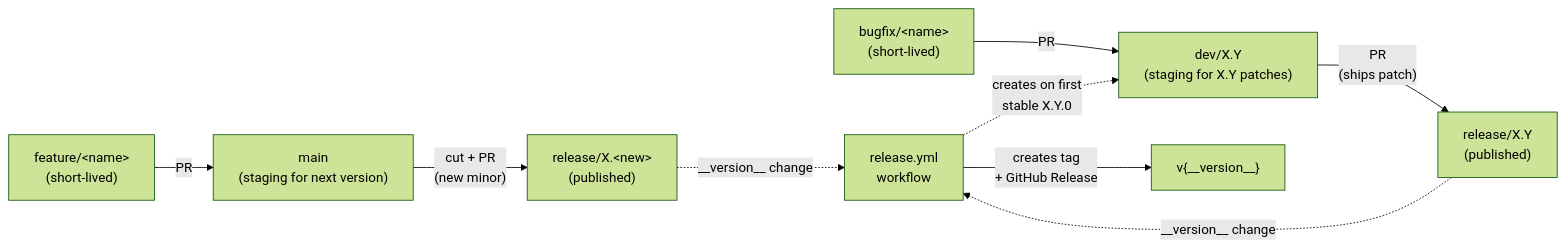
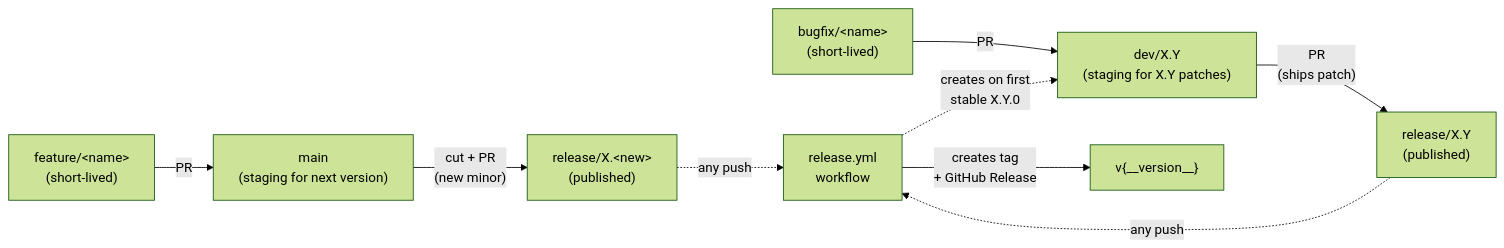
The second of 6 diagrams in contributing.md (mtconnect/MTConnectExplorer), drawn with Mermaid (forest theme) before and after one commit. The commit also changed other lines of this file and 85 other files, not shown here.

````diff
--- a/contributing.md
+++ b/contributing.md
@@ -61,11 +61,11 @@
 ```mermaid
 flowchart LR
     F["feature/&lt;name&gt;<br/>(short-lived)"] -->|PR| M["main<br/>(staging for next version)"]
     M -->|"cut + PR<br/>(new minor)"| RL["release/X.&lt;new&gt;<br/>(published)"]
     B["bugfix/&lt;name&gt;<br/>(short-lived)"] -->|PR| D["dev/X.Y<br/>(staging for X.Y patches)"]
     D -->|"PR<br/>(ships patch)"| RX["release/X.Y<br/>(published)"]
-    RX -.->|"__version__ change"| W["release.yml<br/>workflow"]
-    RL -.->|"__version__ change"| W
+    RX -.->|"any push"| W["release.yml<br/>workflow"]
+    RL -.->|"any push"| W
     W -->|"creates tag<br/>+ GitHub Release"| GR["v{__version__}"]
     W -.->|"creates on first<br/>stable X.Y.0"| D
 ```
````
